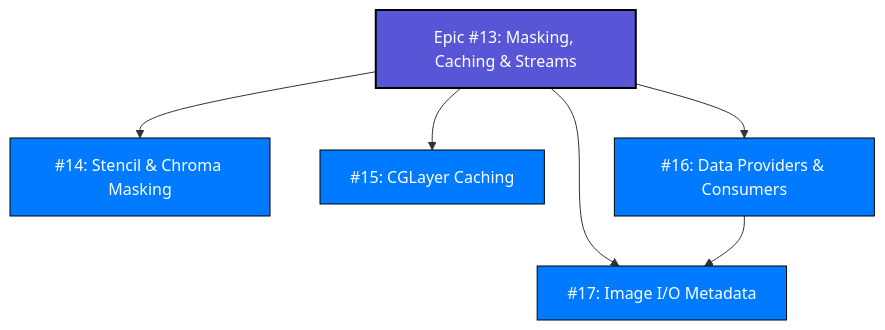
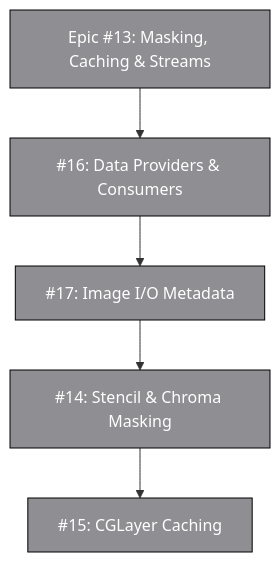
One commit to SlayerMotion/PureDraw changed the second of 4 diagrams in docs/quartz_missing_features_issues.md. Above: the diagram before and after it, drawn with Mermaid. The commit also changed other lines of this file and 1 other file, not shown here.

Commit message:
docs: standardize remaining diagrams with vertical flowchart TB and hex colors

````diff
--- a/docs/quartz_missing_features_issues.md
+++ b/docs/quartz_missing_features_issues.md
@@ -57,17 +56,17 @@
 ```mermaid
-flowchart TD
-    Epic13["Epic #13: Masking, Caching & Streams"]:::epic --> I14["#14: Stencil & Chroma Masking"]:::issue
-    Epic13 --> I15["#15: CGLayer Caching"]:::issue
-    Epic13 --> I16["#16: Data Providers & Consumers"]:::issue
-    Epic13 --> I17["#17: Image I/O Metadata"]:::issue
-    
-    I16 --> I17
+flowchart TB
+    classDef done fill:#34C759,stroke:#000,color:#fff
+    classDef active fill:#007AFF,stroke:#000,color:#fff
+    classDef next fill:#FFCC00,stroke:#000,color:#000
+    classDef review fill:#30B0C7,stroke:#000,color:#fff
+    classDef partial fill:#FF9500,stroke:#000,color:#fff
+    classDef todo fill:#8E8E93,stroke:#000,color:#fff
 
-    classDef epic fill:#5856d6,stroke:#000,color:#fff,stroke-width:2px;
-    classDef issue fill:#007aff,stroke:#000,color:#fff;
+    Epic13["Epic #13: Masking, Caching & Streams"]:::todo --> I16["#16: Data Providers & Consumers"]:::todo --> I17["#17: Image I/O Metadata"]:::todo --> I14["#14: Stencil & Chroma Masking"]:::todo --> I15["#15: CGLayer Caching"]:::todo
+
     click Epic13 href "https://github.com/mihaelamj/PureDraw/issues/13" "Epic #13"
     click I14 href "https://github.com/mihaelamj/PureDraw/issues/14" "Issue #14"
     click I15 href "https://github.com/mihaelamj/PureDraw/issues/15" "Issue #15"
     click I16 href "https://github.com/mihaelamj/PureDraw/issues/16" "Issue #16"
     click I17 href "https://github.com/mihaelamj/PureDraw/issues/17" "Issue #17"
 ```
````
